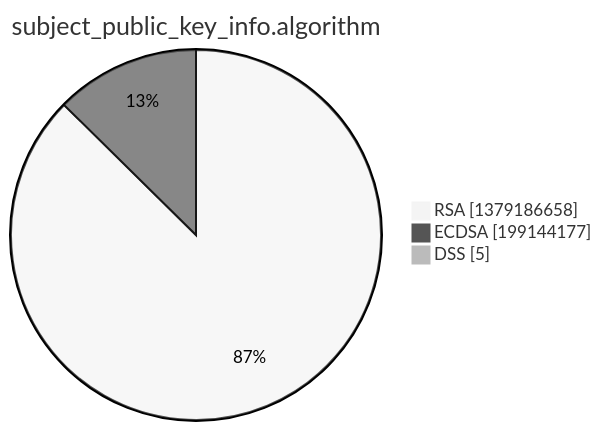
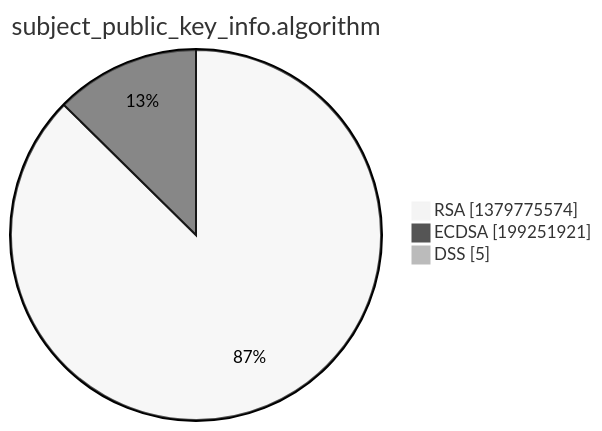
One commit to christiankrug/ctmonitor_visualization changed the third of 15 diagrams in xenon2022/README.md. Above: the diagram before and after it, drawn with Mermaid (neutral theme). The commit also changed other lines of this file, not shown here.

````diff
--- a/xenon2022/README.md
+++ b/xenon2022/README.md
@@ -14,7 +14,7 @@
 ```mermaid
 pie showData
 title subject_public_key_info.algorithm
-"RSA" :1379186658
-"ECDSA" :199144177
+"RSA" :1379775574
+"ECDSA" :199251921
 "DSS" :5
 ```
````
